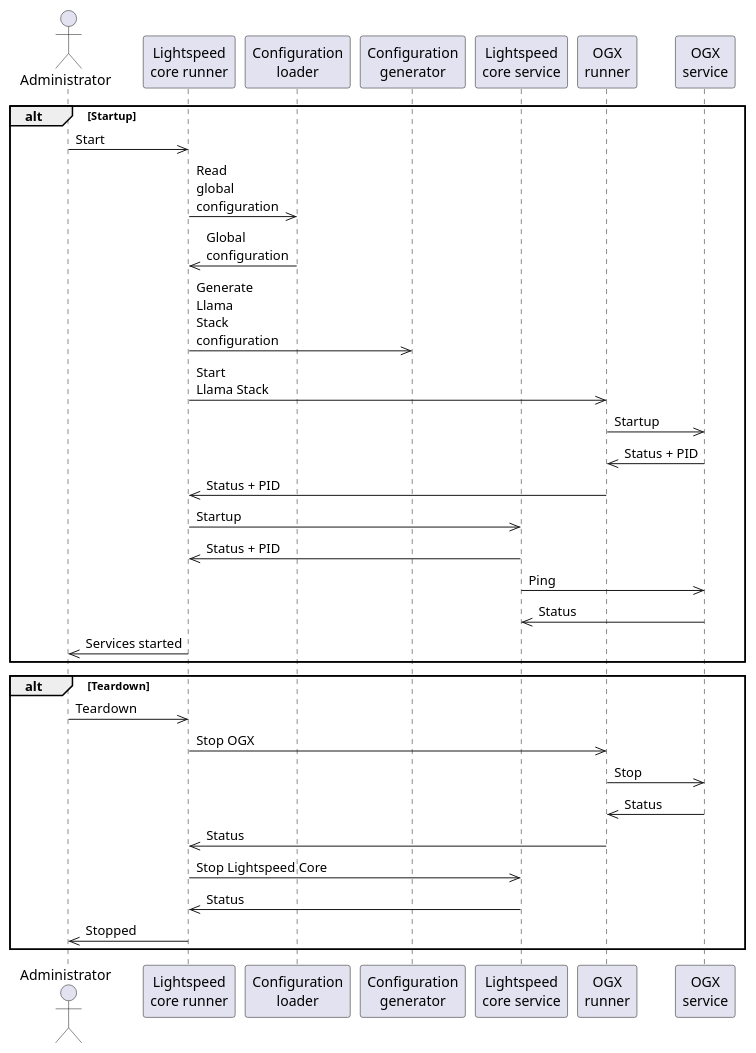
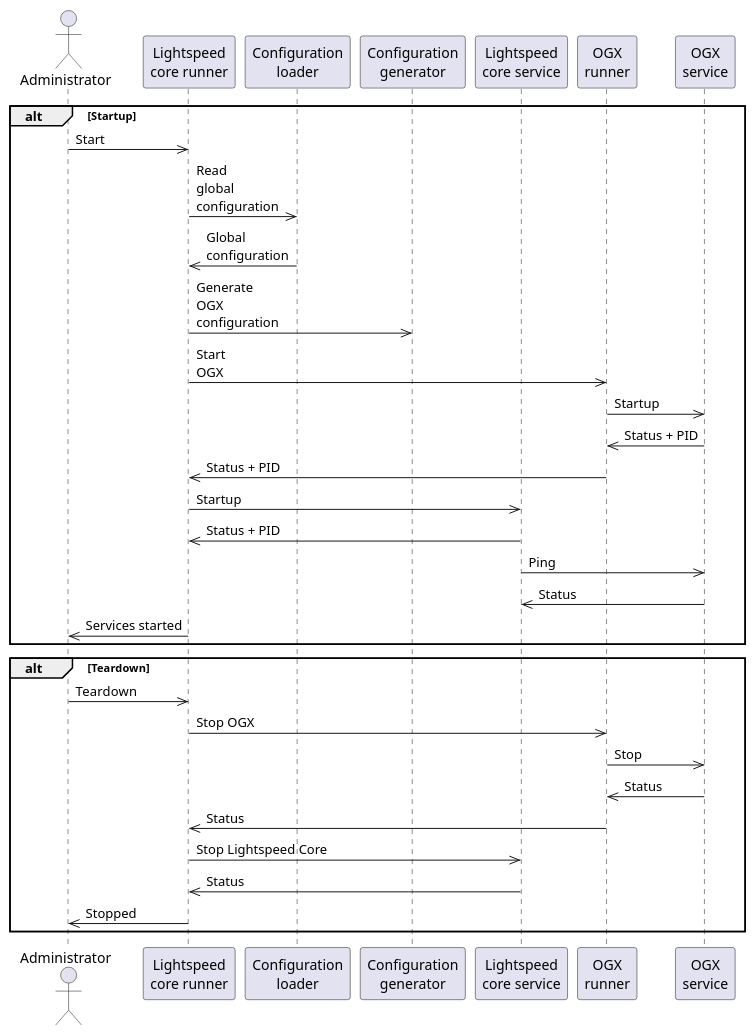
One commit to lightspeed-core/lightspeed-stack changed the diagram in docs/design/low-overhead-deployment-for-server-mode/sequence_diagram.puml. Above: the diagram before and after it, drawn with PlantUML. The commit also changed 59 other files, not shown here.

```diff
--- a/docs/design/low-overhead-deployment-for-server-mode/sequence_diagram.puml
+++ b/docs/design/low-overhead-deployment-for-server-mode/sequence_diagram.puml
@@ -1,36 +1,36 @@
 @startuml
 actor       admin      as "Administrator"
 participant runner     as "Lightspeed\ncore runner"
 participant cfg_1      as "Configuration\nloader"
 participant cfg_2      as "Configuration\ngenerator"
 participant lcore      as "Lightspeed\ncore service"
 participant ls_runner  as "OGX\nrunner"
 participant ls_service as "OGX\nservice"
 
 alt Startup
 admin ->> runner: Start
 runner ->> cfg_1: Read\nglobal\nconfiguration
 cfg_1 ->> runner: Global\nconfiguration
-runner ->> cfg_2: Generate\nLlama\nStack\nconfiguration
-runner ->> ls_runner: Start\nLlama Stack
+runner ->> cfg_2: Generate\nOGX\nconfiguration
+runner ->> ls_runner: Start\nOGX
 ls_runner ->> ls_service: Startup
 ls_service ->> ls_runner: Status + PID
 ls_runner ->> runner: Status + PID
 runner ->> lcore: Startup
 lcore ->> runner: Status + PID
 lcore ->> ls_service: Ping
 ls_service ->> lcore: Status
 runner ->> admin: Services started
 end
 
 alt Teardown
 admin ->> runner: Teardown
 runner ->> ls_runner: Stop OGX
 ls_runner ->> ls_service: Stop
 ls_service ->> ls_runner: Status
 ls_runner ->> runner: Status
 runner ->> lcore: Stop Lightspeed Core
 lcore ->> runner: Status
 runner ->> admin: Stopped
 end
 @enduml
```
